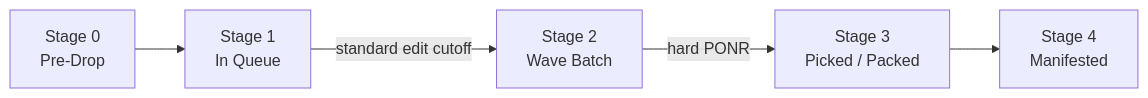
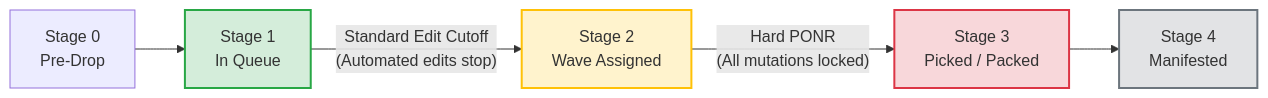
Before and after one commit to riovicsusas/portfolio: the second of 3 diagrams in master-dossiers/MasterDossier-Domain1-OrderStateMachineAndPONR.md, drawn with Mermaid. The commit also changed other lines of this file and 3 other files, not shown here.

````diff
--- a/master-dossiers/MasterDossier-Domain1-OrderStateMachineAndPONR.md
+++ b/master-dossiers/MasterDossier-Domain1-OrderStateMachineAndPONR.md
@@ -64,7 +91,12 @@
 ```mermaid
 flowchart LR
     S0["Stage 0<br>Pre-Drop"] --> S1["Stage 1<br>In Queue"]
-    S1 -->|"standard edit cutoff"| S2["Stage 2<br>Wave Batch"]
-    S2 -->|"hard PONR"| S3["Stage 3<br>Picked / Packed"]
+    S1 -->|"Standard Edit Cutoff<br>(Automated edits stop)"| S2["Stage 2<br>Wave Assigned"]
+    S2 -->|"Hard PONR<br>(All mutations locked)"| S3["Stage 3<br>Picked / Packed"]
     S3 --> S4["Stage 4<br>Manifested"]
+
+    style S1 fill:#d4edda,stroke:#28a745,stroke-width:2px;
+    style S2 fill:#fff3cd,stroke:#ffc107,stroke-width:2px;
+    style S3 fill:#f8d7da,stroke:#dc3545,stroke-width:2px;
+    style S4 fill:#e2e3e5,stroke:#6c757d,stroke-width:2px;
 ```
````
